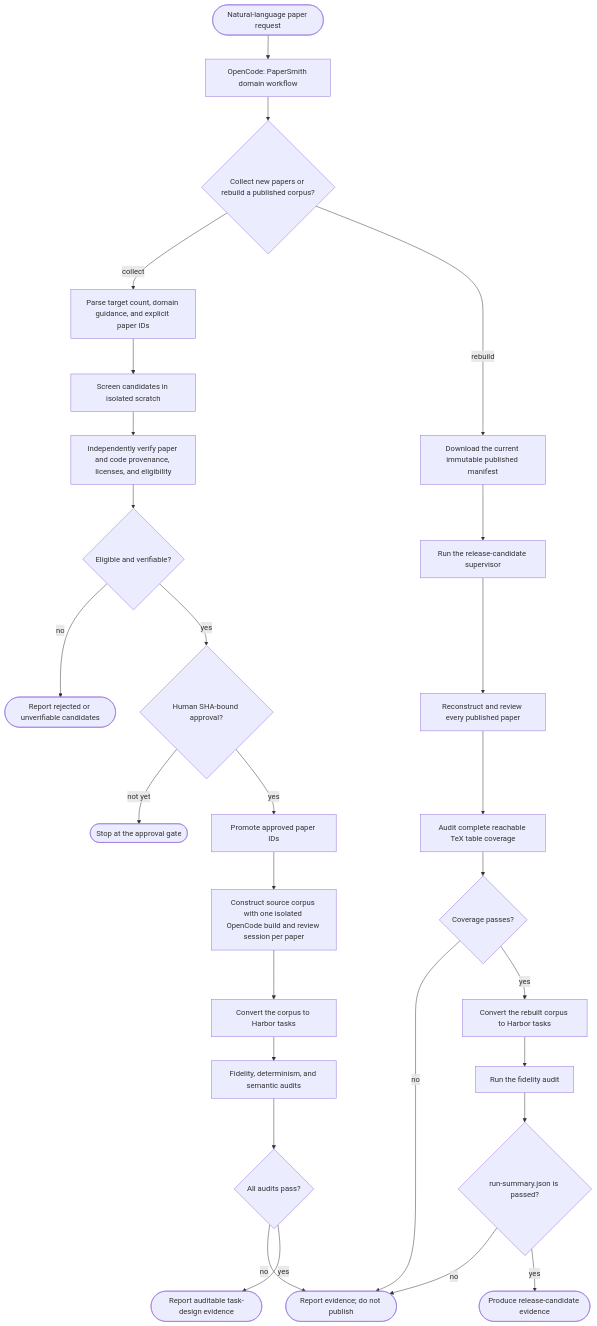
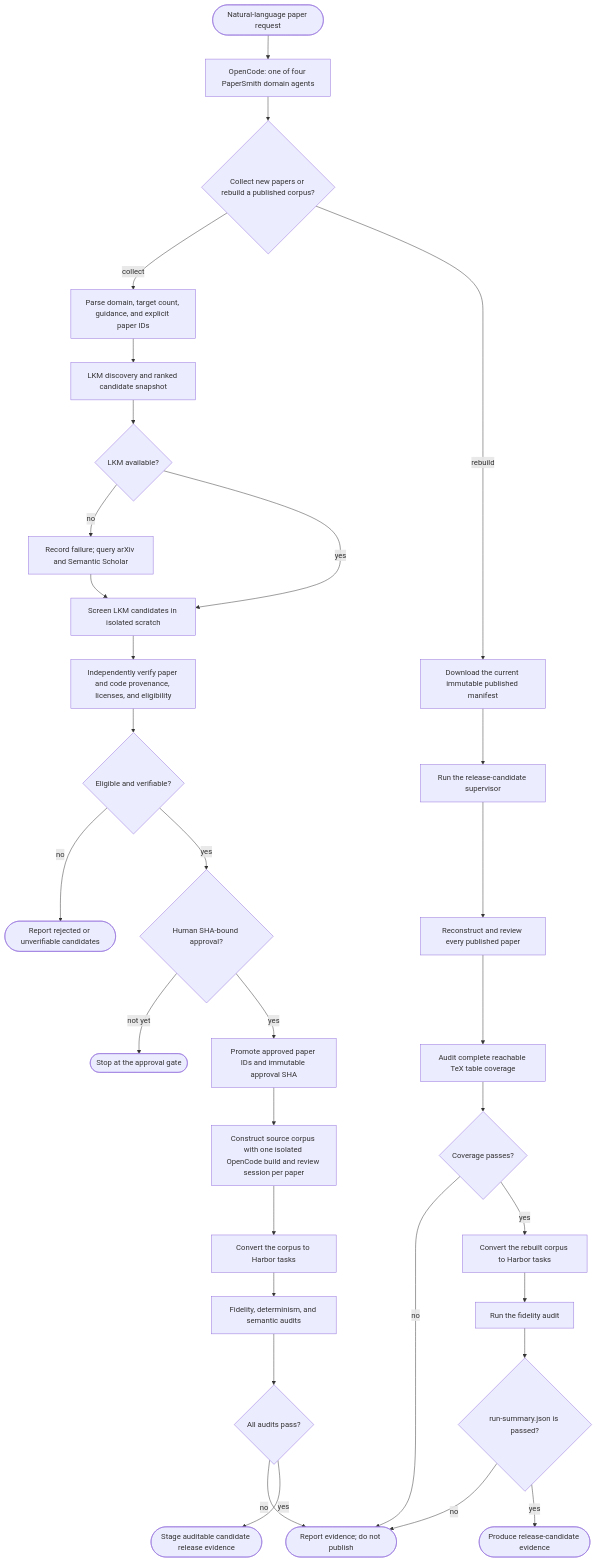
The second of 2 diagrams in README.md (a-green-hand-jack/paperbench-harbor), drawn with Mermaid before and after one commit. The commit also changed other lines of this file and 62 other files, not shown here.

Commit message:
Add multi-domain PaperRecon workflows (#54)

````diff
--- a/README.md
+++ b/README.md
@@ -79,32 +81,36 @@
 ```mermaid
 flowchart TD
-    request([Natural-language paper request]) --> papersmith[OpenCode: PaperSmith domain workflow]
+    request([Natural-language paper request]) --> papersmith[OpenCode: one of four PaperSmith domain agents]
     papersmith --> kind{Collect new papers or rebuild a published corpus?}
 
-    kind -- collect --> parse[Parse target count, domain guidance, and explicit paper IDs]
-    parse --> screen[Screen candidates in isolated scratch]
+    kind -- collect --> parse[Parse domain, target count, guidance, and explicit paper IDs]
+    parse --> lkm[LKM discovery and ranked candidate snapshot]
+    lkm --> fallback{LKM available?}
+    fallback -- no --> searchfallback[Record failure; query arXiv and Semantic Scholar]
+    fallback -- yes --> screen[Screen LKM candidates in isolated scratch]
+    searchfallback --> screen
     screen --> liveverify[Independently verify paper and code provenance, licenses, and eligibility]
     liveverify --> valid{Eligible and verifiable?}
     valid -- no --> reportrejected([Report rejected or unverifiable candidates])
     valid -- yes --> humanapproval{Human SHA-bound approval?}
     humanapproval -- not yet --> hold([Stop at the approval gate])
-    humanapproval -- yes --> promote[Promote approved paper IDs]
+    humanapproval -- yes --> promote[Promote approved paper IDs and immutable approval SHA]
     promote --> construct[Construct source corpus with one isolated OpenCode build and review session per paper]
     construct --> convert[Convert the corpus to Harbor tasks]
     convert --> fidelity[Fidelity, determinism, and semantic audits]
     fidelity --> collectionpassed{All audits pass?}
     collectionpassed -- no --> failed([Report evidence; do not publish])
-    collectionpassed -- yes --> collectionreport([Report auditable task-design evidence])
+    collectionpassed -- yes --> collectionreport([Stage auditable candidate release evidence])
 
     kind -- rebuild --> manifest[Download the current immutable published manifest]
     manifest --> supervisor[Run the release-candidate supervisor]
     supervisor --> rebuild[Reconstruct and review every published paper]
     rebuild --> coverage[Audit complete reachable TeX table coverage]
     coverage --> coveragepassed{Coverage passes?}
     coveragepassed -- no --> failed
     coveragepassed -- yes --> reconvert[Convert the rebuilt corpus to Harbor tasks]
     reconvert --> releaseaudit[Run the fidelity audit]
     releaseaudit --> releasepassed{run-summary.json is passed?}
     releasepassed -- no --> failed
     releasepassed -- yes --> releasereport([Produce release-candidate evidence])
 ```
````
